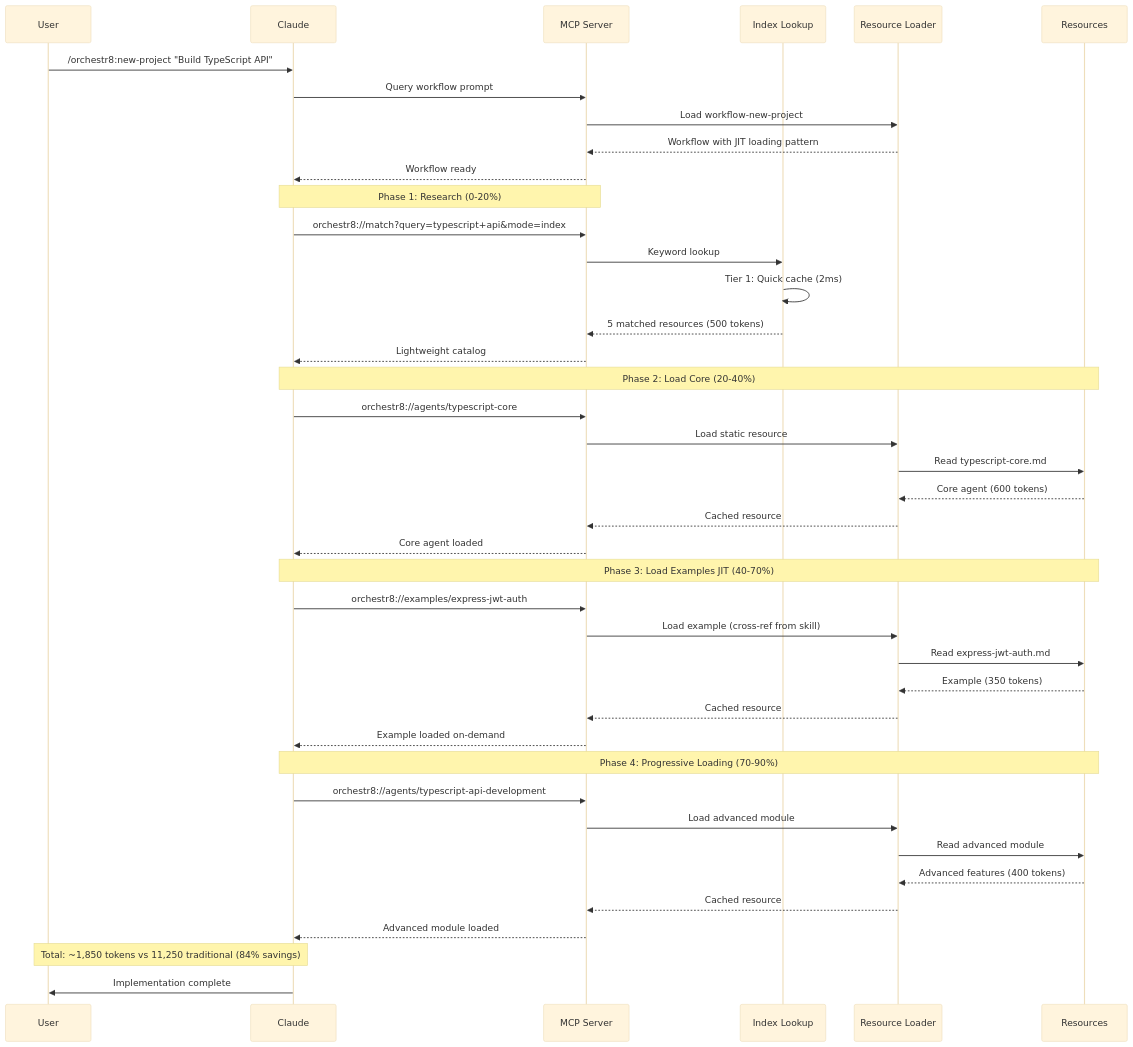
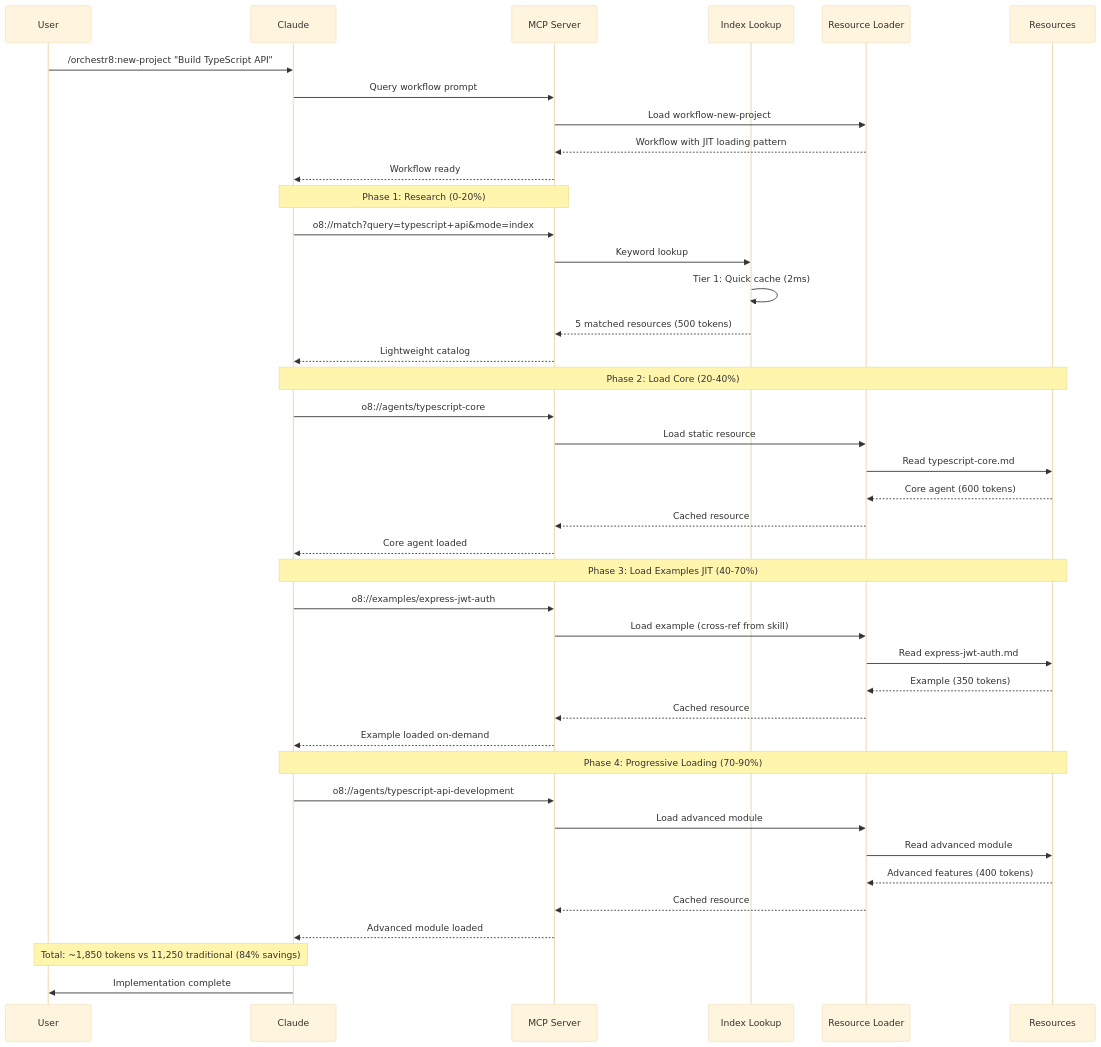
Before and after one commit to gobrucego/o8: the eighth of 9 diagrams in plugins/o8/docs/images/diagrams-v8-updated.md, drawn with Mermaid (base theme). The commit also changed other lines of this file and 323 other files, not shown here.

````diff
--- a/plugins/o8/docs/images/diagrams-v8-updated.md
+++ b/plugins/o8/docs/images/diagrams-v8-updated.md
@@ -226,49 +226,49 @@
 ```mermaid
 sequenceDiagram
     participant User
     participant Claude
     participant MCP as MCP Server
     participant Index as Index Lookup
     participant Loader as Resource Loader
     participant Resources
 
     User->>Claude: /orchestr8:new-project "Build TypeScript API"
     Claude->>MCP: Query workflow prompt
     MCP->>Loader: Load workflow-new-project
     Loader-->>MCP: Workflow with JIT loading pattern
     MCP-->>Claude: Workflow ready
 
     Note over Claude,MCP: Phase 1: Research (0-20%)
-    Claude->>MCP: orchestr8://match?query=typescript+api&mode=index
+    Claude->>MCP: o8://match?query=typescript+api&mode=index
     MCP->>Index: Keyword lookup
     Index->>Index: Tier 1: Quick cache (2ms)
     Index-->>MCP: 5 matched resources (500 tokens)
     MCP-->>Claude: Lightweight catalog
 
     Note over Claude,Resources: Phase 2: Load Core (20-40%)
-    Claude->>MCP: orchestr8://agents/typescript-core
+    Claude->>MCP: o8://agents/typescript-core
     MCP->>Loader: Load static resource
     Loader->>Resources: Read typescript-core.md
     Resources-->>Loader: Core agent (600 tokens)
     Loader-->>MCP: Cached resource
     MCP-->>Claude: Core agent loaded
 
     Note over Claude,Resources: Phase 3: Load Examples JIT (40-70%)
-    Claude->>MCP: orchestr8://examples/express-jwt-auth
+    Claude->>MCP: o8://examples/express-jwt-auth
     MCP->>Loader: Load example (cross-ref from skill)
     Loader->>Resources: Read express-jwt-auth.md
     Resources-->>Loader: Example (350 tokens)
     Loader-->>MCP: Cached resource
     MCP-->>Claude: Example loaded on-demand
 
     Note over Claude,Resources: Phase 4: Progressive Loading (70-90%)
-    Claude->>MCP: orchestr8://agents/typescript-api-development
+    Claude->>MCP: o8://agents/typescript-api-development
     MCP->>Loader: Load advanced module
     Loader->>Resources: Read advanced module
     Resources-->>Loader: Advanced features (400 tokens)
     Loader-->>MCP: Cached resource
     MCP-->>Claude: Advanced module loaded
 
     Note over User,Claude: Total: ~1,850 tokens vs 11,250 traditional (84% savings)
     Claude->>User: Implementation complete
 ```
````
